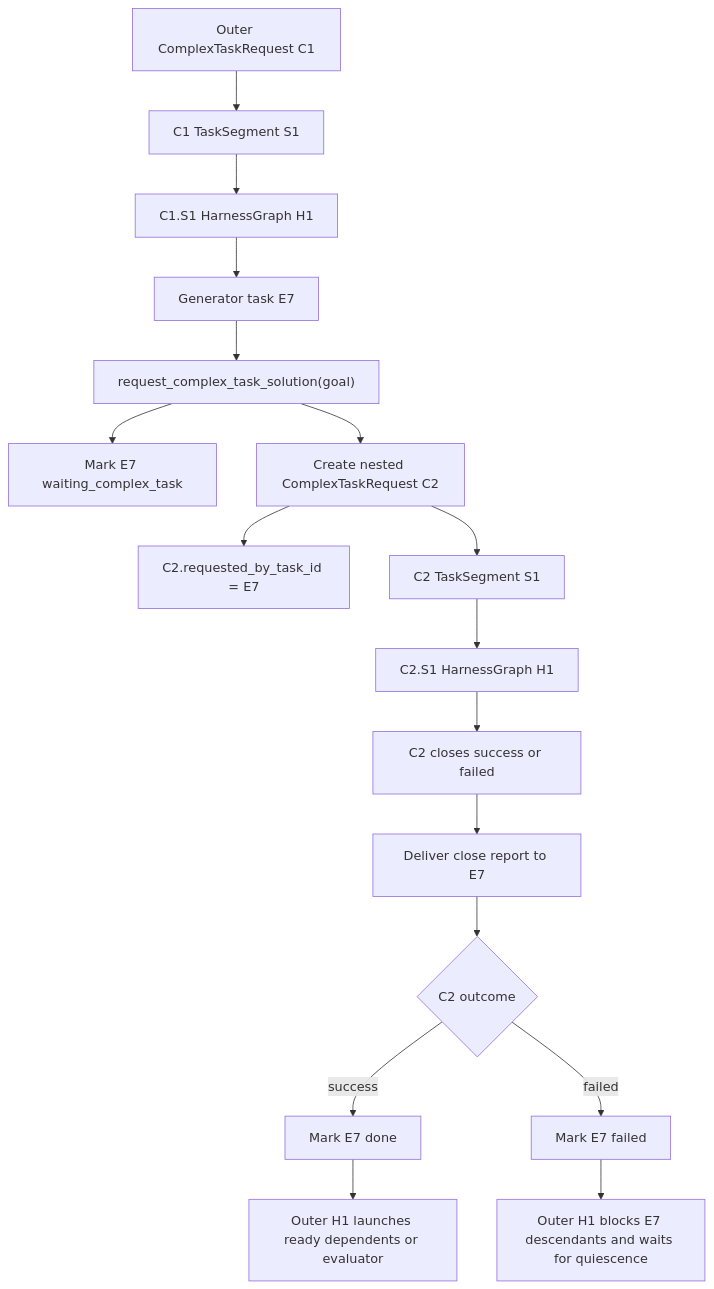
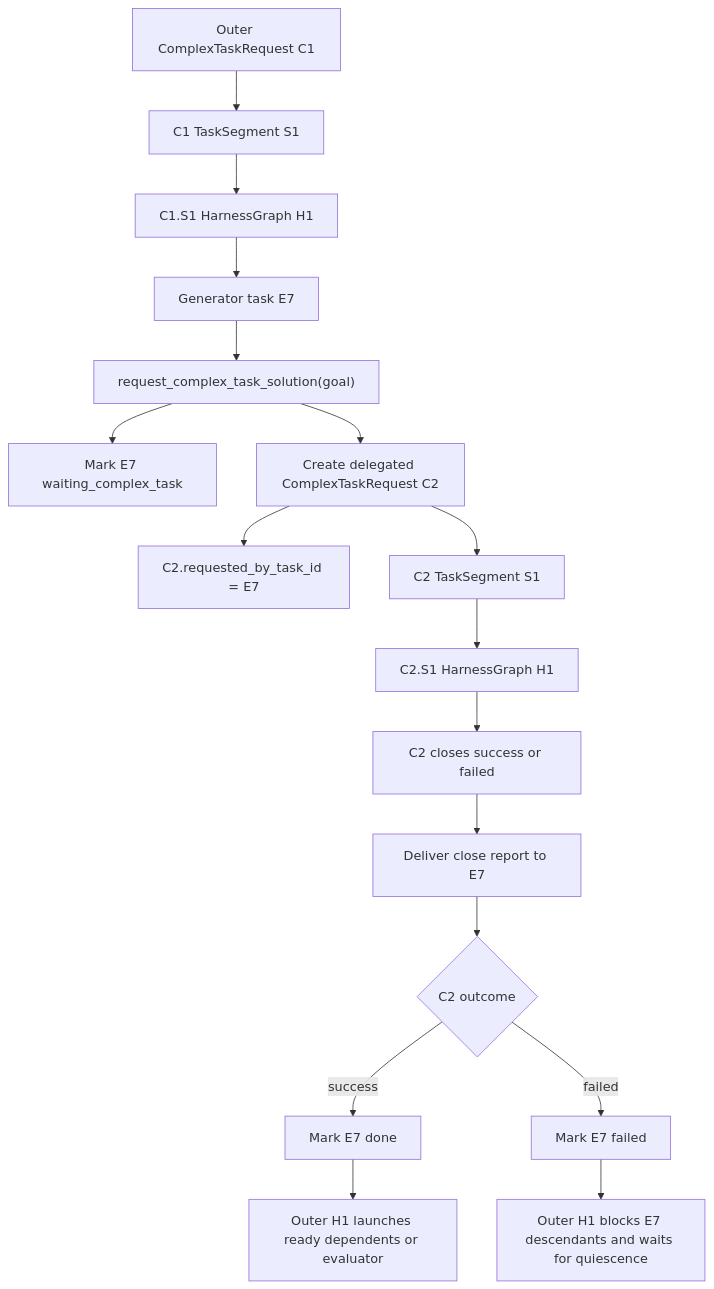
Before and after one commit to Ephemeral-AI-Lab/ephemeral-os: the third of 3 diagrams in docs/architecture/task-center-harness-migration/phase-02-implementation-plan.md, drawn with Mermaid. The commit also changed other lines of this file and 25 other files, not shown here.

Commit message:
Refine complex task generator handoff

````diff
--- a/docs/architecture/task-center-harness-migration/phase-02-implementation-plan.md
+++ b/docs/architecture/task-center-harness-migration/phase-02-implementation-plan.md
@@ -258,19 +258,19 @@
 ```mermaid
 flowchart TD
     C1["Outer ComplexTaskRequest C1"] --> S1["C1 TaskSegment S1"]
     S1 --> H1["C1.S1 HarnessGraph H1"]
     H1 --> E7["Generator task E7"]
     E7 --> Req["request_complex_task_solution(goal)"]
     Req --> Wait["Mark E7 waiting_complex_task"]
-    Req --> C2["Create nested ComplexTaskRequest C2"]
+    Req --> C2["Create delegated ComplexTaskRequest C2"]
     C2 --> Link["C2.requested_by_task_id = E7"]
     C2 --> C2S1["C2 TaskSegment S1"]
     C2S1 --> C2H1["C2.S1 HarnessGraph H1"]
     C2H1 --> C2Done["C2 closes success or failed"]
     C2Done --> Report["Deliver close report to E7"]
     Report --> Outcome{"C2 outcome"}
     Outcome -->|"success"| Done["Mark E7 done"]
     Outcome -->|"failed"| Failed["Mark E7 failed"]
     Done --> Resume["Outer H1 launches ready dependents or evaluator"]
     Failed --> Block["Outer H1 blocks E7 descendants and waits for quiescence"]
 ```
````
